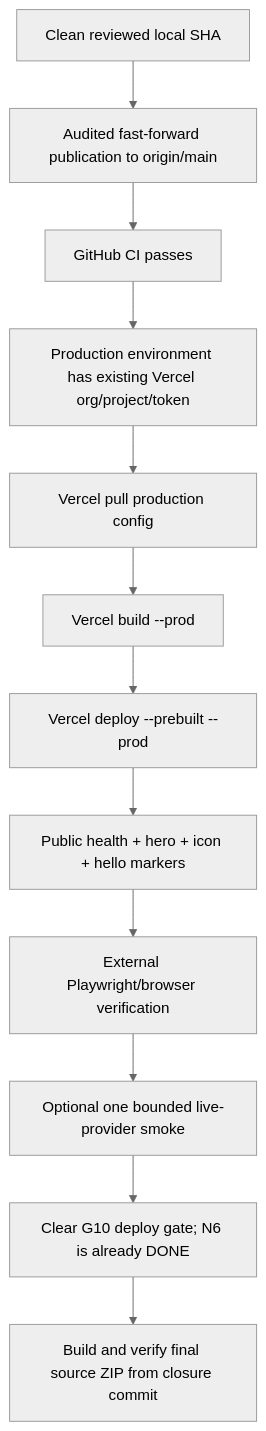
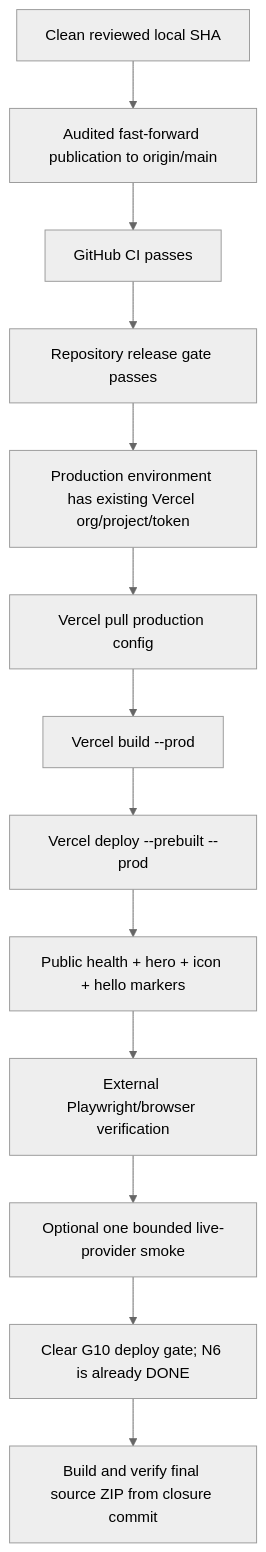
One commit to BernydotJar/Cadre_AI_Chatbot changed the diagram in docs/release-runbook.md. Above: the diagram before and after it, drawn with Mermaid (neutral theme). The commit also changed other lines of this file and 8 other files, not shown here.

Commit message:
ci: gate premium production delivery

````diff
--- a/docs/release-runbook.md
+++ b/docs/release-runbook.md
@@ -22,14 +23,15 @@
 ```mermaid
 flowchart TD
     A[Clean reviewed local SHA] --> B[Audited fast-forward publication to origin/main]
     B --> C[GitHub CI passes]
-    C --> D[Production environment has existing Vercel org/project/token]
-    D --> E[Vercel pull production config]
-    E --> F[Vercel build --prod]
-    F --> G[Vercel deploy --prebuilt --prod]
-    G --> H[Public health + hero + icon + hello markers]
-    H --> I[External Playwright/browser verification]
-    I --> J[Optional one bounded live-provider smoke]
-    J --> K[Clear G10 deploy gate; N6 is already DONE]
-    K --> L[Build and verify final source ZIP from closure commit]
+    C --> D[Repository release gate passes]
+    D --> E[Production environment has existing Vercel org/project/token]
+    E --> F[Vercel pull production config]
+    F --> G[Vercel build --prod]
+    G --> H[Vercel deploy --prebuilt --prod]
+    H --> I[Public health + hero + icon + hello markers]
+    I --> J[External Playwright/browser verification]
+    J --> K[Optional one bounded live-provider smoke]
+    K --> L[Clear G10 deploy gate; N6 is already DONE]
+    L --> M[Build and verify final source ZIP from closure commit]
 ```
````
